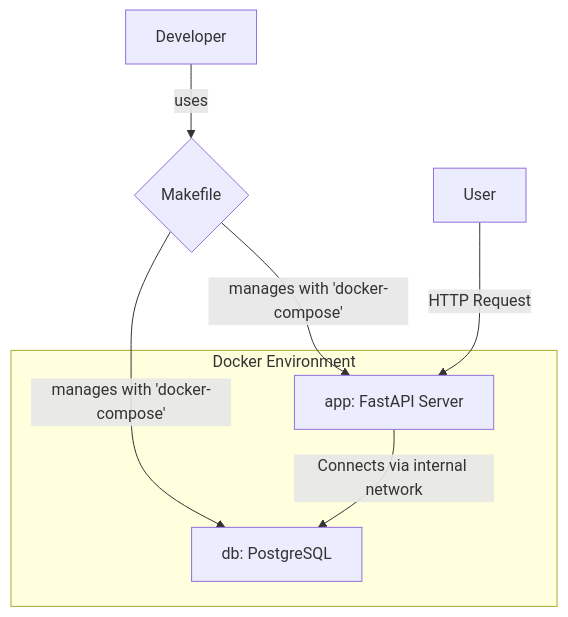
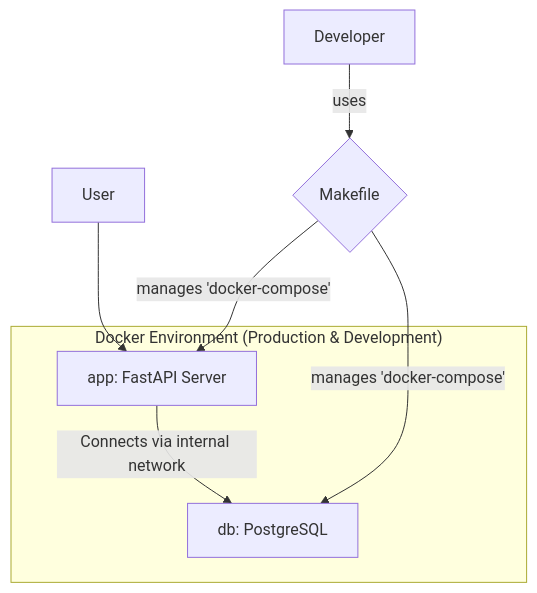
The diagram in README.md (ZeleMate/LegalQA_v2), drawn with Mermaid before and after one commit. The commit also changed other lines of this file and 2 other files, not shown here.

Commit message:
A .env.example fájl frissítése a DATA_SOURCE változó hozzáadásával, valamint a README.md dokumentáció javítása a Docker környezet és a telepítési lépések részletezésével. A Jupyter notebookban a kernel összeomlásának hibakezelése is javítva lett.

````diff
--- a/README.md
+++ b/README.md
@@ -16,19 +14,14 @@
 ```mermaid
 graph TD
-    D[Developer]
-    E{Makefile}
-    U[User]
-    A["app: FastAPI Server"]
-    B["db: PostgreSQL"]
+    U[User] --> A["app: FastAPI Server"]
+    A -- "Connects via internal network" --> B["db: PostgreSQL"]
 
-    U -- "HTTP Request" --> A
-    D -- "uses" --> E
-    E -- "manages with 'docker-compose'" --> A
-    E -- "manages with 'docker-compose'" --> B
-    A -- "Connects via internal network" --> B
-
-    subgraph "Docker Environment"
+    subgraph "Docker Environment (Production & Development)"
         A
         B
     end
+
+    D[Developer] -- "uses" --> E{Makefile}
+    E -- "manages 'docker-compose'" --> A
+    E -- "manages 'docker-compose'" --> B
 ```
````
